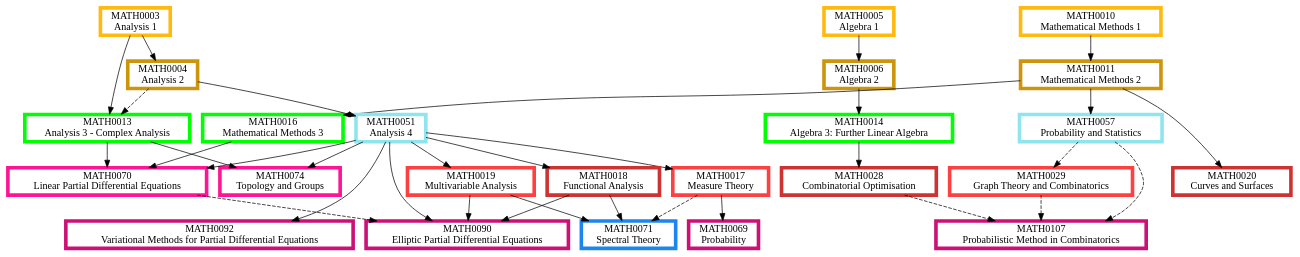
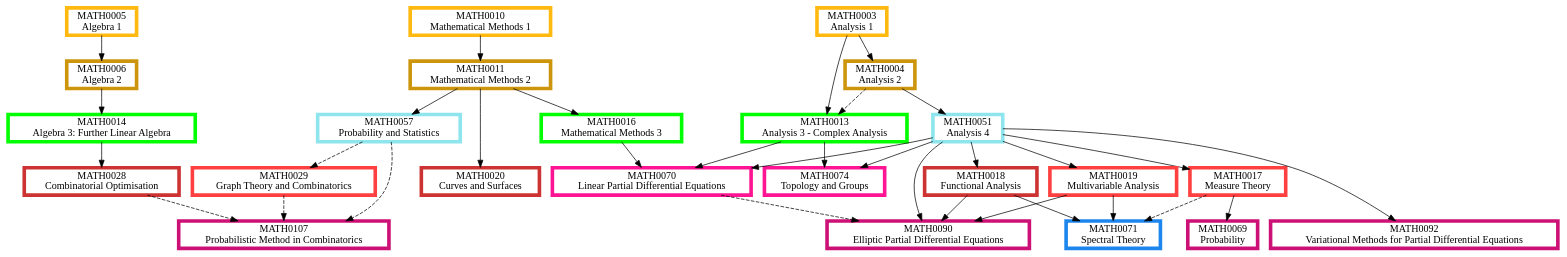
Before and after one commit to matthew-towers/pathways: the diagram in Analysis.dot, drawn with Graphviz. The commit also changed 13 other files, not shown here.

```diff
--- a/Analysis.dot
+++ b/Analysis.dot
@@ -1,110 +1,110 @@
 digraph {
 	node [fillcolor=white penwidth=5 shape=box style="filled,bold"]
 	subgraph "1.0 1" {
 		rank=same
-		MATH0003 [label="MATH0003
-Analysis 1" color=darkgoldenrod1 href="https://www.ucl.ac.uk/mathematical-physical-sciences/sites/mathematical_physical_sciences/files/math0003.pdf" tooltip="Year 1, term 1"]
 		MATH0010 [label="MATH0010
 Mathematical Methods 1" color=darkgoldenrod1 href="https://www.ucl.ac.uk/mathematical-physical-sciences/sites/mathematical_physical_sciences/files/math0010.pdf" tooltip="Year 1, term 1"]
+		MATH0003 [label="MATH0003
+Analysis 1" color=darkgoldenrod1 href="https://www.ucl.ac.uk/mathematical-physical-sciences/sites/mathematical_physical_sciences/files/2025-09/math0003.pdf" tooltip="Year 1, term 1"]
 		MATH0005 [label="MATH0005
-Algebra 1" color=darkgoldenrod1 href="https://www.ucl.ac.uk/mathematical-physical-sciences/sites/mathematical_physical_sciences/files/math0005.pdf" tooltip="Year 1, term 1"]
+Algebra 1" color=darkgoldenrod1 href="https://www.ucl.ac.uk/mathematical-physical-sciences/sites/mathematical_physical_sciences/files/2025-09/math0005 syllabus.pdf" tooltip="Year 1, term 1"]
 	}
+	MATH0005 -> MATH0006 [tooltip="required prerequisite"]
 	MATH0010 -> MATH0011 [tooltip="required prerequisite"]
-	MATH0005 -> MATH0006 [tooltip="required prerequisite"]
 	MATH0003 -> MATH0004 [tooltip="required prerequisite"]
 	subgraph "1.0 2" {
 		rank=same
-		MATH0011 [label="MATH0011
-Mathematical Methods 2" color=darkgoldenrod3 href="https://www.ucl.ac.uk/mathematical-physical-sciences/sites/mathematical_physical_sciences/files/math0011_2.pdf" tooltip="Year 1, term 2"]
 		MATH0006 [label="MATH0006
 Algebra 2" color=darkgoldenrod3 href="https://www.ucl.ac.uk/mathematical-physical-sciences/sites/mathematical_physical_sciences/files/math0006.pdf" tooltip="Year 1, term 2"]
+		MATH0011 [label="MATH0011
+Mathematical Methods 2" color=darkgoldenrod3 href="https://www.ucl.ac.uk/mathematical-physical-sciences/sites/mathematical_physical_sciences/files/math0011_3.pdf" tooltip="Year 1, term 2"]
 		MATH0004 [label="MATH0004
 Analysis 2" color=darkgoldenrod3 href="https://www.ucl.ac.uk/mathematical-physical-sciences/sites/mathematical_physical_sciences/files/math0004.pdf" tooltip="Year 1, term 2"]
 	}
+	MATH0006 -> MATH0014 [tooltip="required prerequisite"]
+	MATH0011 -> MATH0016 [tooltip="required prerequisite"]
 	MATH0003 -> MATH0013 [tooltip="required prerequisite"]
 	MATH0004 -> MATH0013 [style=dashed tooltip="recommended prerequisite"]
-	MATH0006 -> MATH0014 [tooltip="required prerequisite"]
-	MATH0011 -> MATH0016 [tooltip="required prerequisite"]
 	subgraph "2.0 1" {
 		rank=same
+		MATH0014 [label="MATH0014
+Algebra 3: Further Linear Algebra" color=green1 href="https://www.ucl.ac.uk/mathematical-physical-sciences/sites/mathematical_physical_sciences/files/2025-09/math0014_0.pdf" tooltip="Year 2, term 1"]
+		MATH0016 [label="MATH0016
+Mathematical Methods 3" color=green1 href="https://www.ucl.ac.uk/mathematical-physical-sciences/sites/mathematical_physical_sciences/files/2025-09/math0016_0.pdf" tooltip="Year 2, term 1"]
 		MATH0013 [label="MATH0013
-Analysis 3 - Complex Analysis" color=green1 href="https://www.ucl.ac.uk/mathematical-physical-sciences/sites/mathematical_physical_sciences/files/math0013.pdf" tooltip="Year 2, term 1"]
-		MATH0014 [label="MATH0014
-Algebra 3: Further Linear Algebra" color=green1 href="https://www.ucl.ac.uk/mathematical-physical-sciences/sites/mathematical_physical_sciences/files/math0014.pdf" tooltip="Year 2, term 1"]
-		MATH0016 [label="MATH0016
-Mathematical Methods 3" color=green1 href="https://www.ucl.ac.uk/mathematical-physical-sciences/sites/mathematical_physical_sciences/files/math0016.pdf" tooltip="Year 2, term 1"]
+Analysis 3 - Complex Analysis" color=green1 href="https://www.ucl.ac.uk/mathematical-physical-sciences/sites/mathematical_physical_sciences/files/2025-09/math0013_0.pdf" tooltip="Year 2, term 1"]
 	}
 	MATH0004 -> MATH0051 [tooltip="required prerequisite"]
 	MATH0011 -> MATH0057 [tooltip="required prerequisite"]
 	subgraph "2.5 2" {
 		rank=same
 		MATH0051 [label="MATH0051
 Analysis 4" color=cadetblue2 href="https://www.ucl.ac.uk/mathematical-physical-sciences/sites/mathematical_physical_sciences/files/math0051.pdf" tooltip="Year 2 or 3, term 2"]
 		MATH0057 [label="MATH0057
 Probability and Statistics" color=cadetblue2 href="https://www.ucl.ac.uk/mathematical-physical-sciences/sites/mathematical_physical_sciences/files/math0057.pdf" tooltip="Year 2 or 3, term 2"]
 	}
 	MATH0051 -> MATH0017 [tooltip="required prerequisite"]
 	MATH0051 -> MATH0019 [tooltip="required prerequisite"]
 	MATH0057 -> MATH0029 [style=dashed tooltip="recommended prerequisite"]
 	subgraph "3.0 1" {
 		rank=same
 		MATH0017 [label="MATH0017
 Measure Theory" color=brown1 href="https://www.ucl.ac.uk/mathematical-physical-sciences/sites/mathematical_physical_sciences/files/math0017.pdf" tooltip="Year 3, term 1"]
 		MATH0019 [label="MATH0019
 Multivariable Analysis" color=brown1 href="https://www.ucl.ac.uk/mathematical-physical-sciences/sites/mathematical_physical_sciences/files/math0019.pdf" tooltip="Year 3, term 1"]
 		MATH0029 [label="MATH0029
 Graph Theory and Combinatorics" color=brown1 href="https://www.ucl.ac.uk/mathematical-physical-sciences/sites/mathematical_physical_sciences/files/math0029.pdf" tooltip="Year 3, term 1"]
 	}
 	MATH0051 -> MATH0018 [tooltip="required prerequisite"]
+	MATH0014 -> MATH0028 [tooltip="required prerequisite"]
 	MATH0011 -> MATH0020 [tooltip="required prerequisite"]
-	MATH0014 -> MATH0028 [tooltip="required prerequisite"]
 	subgraph "3.0 2" {
 		rank=same
 		MATH0018 [label="MATH0018
 Functional Analysis" color=brown3 href="https://www.ucl.ac.uk/mathematical-physical-sciences/sites/mathematical_physical_sciences/files/math0018.pdf" tooltip="Year 3, term 2"]
+		MATH0028 [label="MATH0028
+Combinatorial Optimisation" color=brown3 href="https://www.ucl.ac.uk/mathematical-physical-sciences/sites/mathematical_physical_sciences/files/math0028.pdf" tooltip="Year 3, term 2"]
 		MATH0020 [label="MATH0020
 Curves and Surfaces" color=brown3 href="https://www.ucl.ac.uk/mathematical-physical-sciences/sites/mathematical_physical_sciences/files/math0020.pdf" tooltip="Year 3, term 2"]
-		MATH0028 [label="MATH0028
-Combinatorial Optimisation" color=brown3 href="https://www.ucl.ac.uk/mathematical-physical-sciences/sites/mathematical_physical_sciences/files/math0028.pdf" tooltip="Year 3, term 2"]
 	}
-	MATH0013 -> MATH0074 [tooltip="required prerequisite"]
-	MATH0051 -> MATH0074 [tooltip="required prerequisite"]
 	MATH0013 -> MATH0070 [tooltip="required prerequisite"]
 	MATH0016 -> MATH0070 [tooltip="required prerequisite"]
 	MATH0051 -> MATH0070 [tooltip="required prerequisite"]
+	MATH0013 -> MATH0074 [tooltip="required prerequisite"]
+	MATH0051 -> MATH0074 [tooltip="required prerequisite"]
 	subgraph "3.5 1" {
 		rank=same
+		MATH0070 [label="MATH0070
+Linear Partial Differential Equations" color=deeppink1 href="https://www.ucl.ac.uk/mathematical-physical-sciences/sites/mathematical_physical_sciences/files/math0070.pdf" tooltip="Year 3 or 4, term 1"]
 		MATH0074 [label="MATH0074
 Topology and Groups" color=deeppink1 href="https://www.ucl.ac.uk/mathematical-physical-sciences/sites/mathematical_physical_sciences/files/math0074.pdf" tooltip="Year 3 or 4, term 1"]
-		MATH0070 [label="MATH0070
-Linear Partial Differential Equations" color=deeppink1 href="https://www.ucl.ac.uk/mathematical-physical-sciences/sites/mathematical_physical_sciences/files/math0070.pdf" tooltip="Year 3 or 4, term 1"]
 	}
-	MATH0017 -> MATH0069 [tooltip="required prerequisite"]
 	MATH0070 -> MATH0090 [style=dashed tooltip="recommended prerequisite"]
 	MATH0051 -> MATH0090 [tooltip="required prerequisite"]
 	MATH0018 -> MATH0090 [tooltip="required prerequisite"]
 	MATH0019 -> MATH0090 [tooltip="required prerequisite"]
 	MATH0029 -> MATH0107 [style=dashed tooltip="recommended prerequisite"]
 	MATH0028 -> MATH0107 [style=dashed tooltip="recommended prerequisite"]
 	MATH0057 -> MATH0107 [style=dashed tooltip="recommended prerequisite"]
+	MATH0017 -> MATH0069 [tooltip="required prerequisite"]
 	MATH0051 -> MATH0092 [tooltip="required prerequisite"]
 	subgraph "3.5 2" {
 		rank=same
-		MATH0069 [label="MATH0069
-Probability" color=deeppink3 href="https://www.ucl.ac.uk/mathematical-physical-sciences/sites/mathematical_physical_sciences/files/math0069.pdf" tooltip="Year 3 or 4, term 2"]
 		MATH0090 [label="MATH0090
 Elliptic Partial Differential Equations" color=deeppink3 href="https://www.ucl.ac.uk/mathematical-physical-sciences/sites/mathematical_physical_sciences/files/math0090.pdf" tooltip="Year 3 or 4, term 2"]
 		MATH0107 [label="MATH0107
 Probabilistic Method in Combinatorics" color=deeppink3 href="https://www.ucl.ac.uk/mathematical-physical-sciences/sites/mathematical_physical_sciences/files/math0107_1.pdf" tooltip="Year 3 or 4, term 2"]
+		MATH0069 [label="MATH0069
+Probability" color=deeppink3 href="https://www.ucl.ac.uk/mathematical-physical-sciences/sites/mathematical_physical_sciences/files/math0069.pdf" tooltip="Year 3 or 4, term 2"]
 		MATH0092 [label="MATH0092
 Variational Methods for Partial Differential Equations" color=deeppink3 href="https://www.ucl.ac.uk/mathematical-physical-sciences/sites/mathematical_physical_sciences/files/math0092.pdf" tooltip="Year 3 or 4, term 2"]
 	}
 	MATH0018 -> MATH0071 [tooltip="required prerequisite"]
 	MATH0019 -> MATH0071 [tooltip="required prerequisite"]
 	MATH0017 -> MATH0071 [style=dashed tooltip="recommended prerequisite"]
 	subgraph "4.0 1" {
 		rank=same
 		MATH0071 [label="MATH0071
 Spectral Theory" color=dodgerblue2 href="https://www.ucl.ac.uk/mathematical-physical-sciences/sites/mathematical_physical_sciences/files/math0071.pdf" tooltip="Year 4, term 1"]
 	}
 }
```
